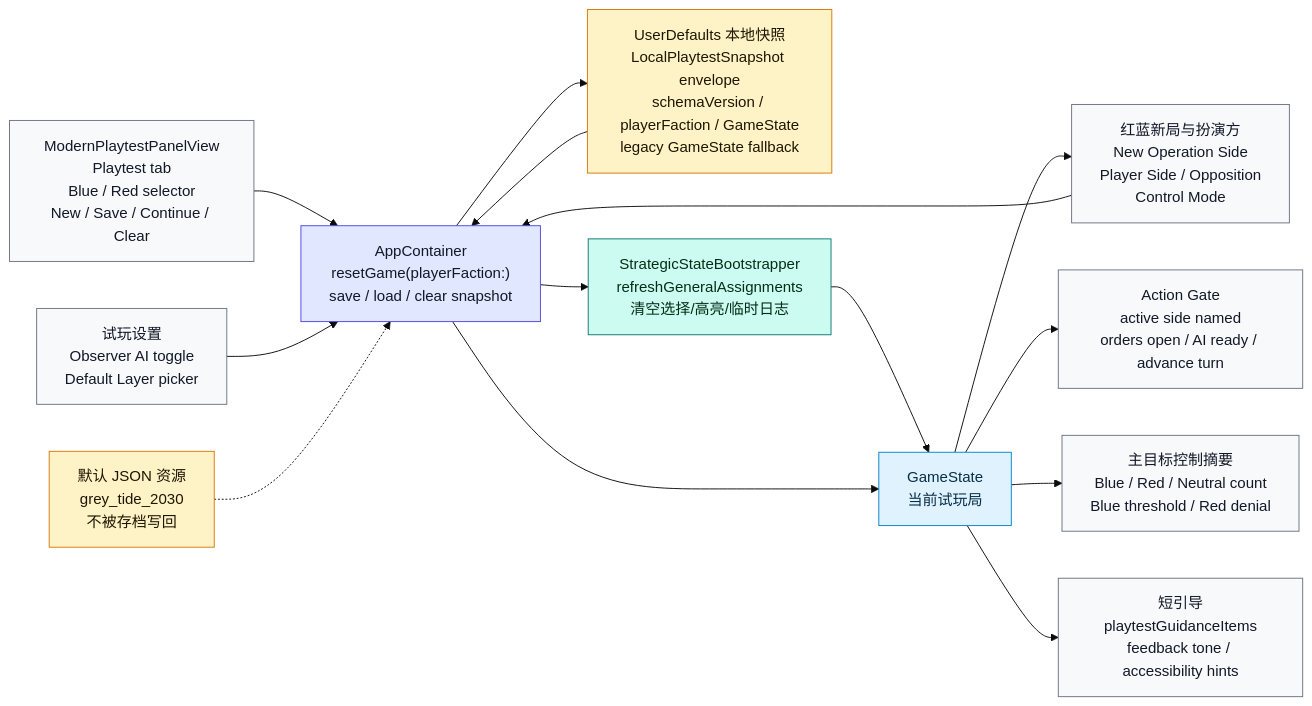
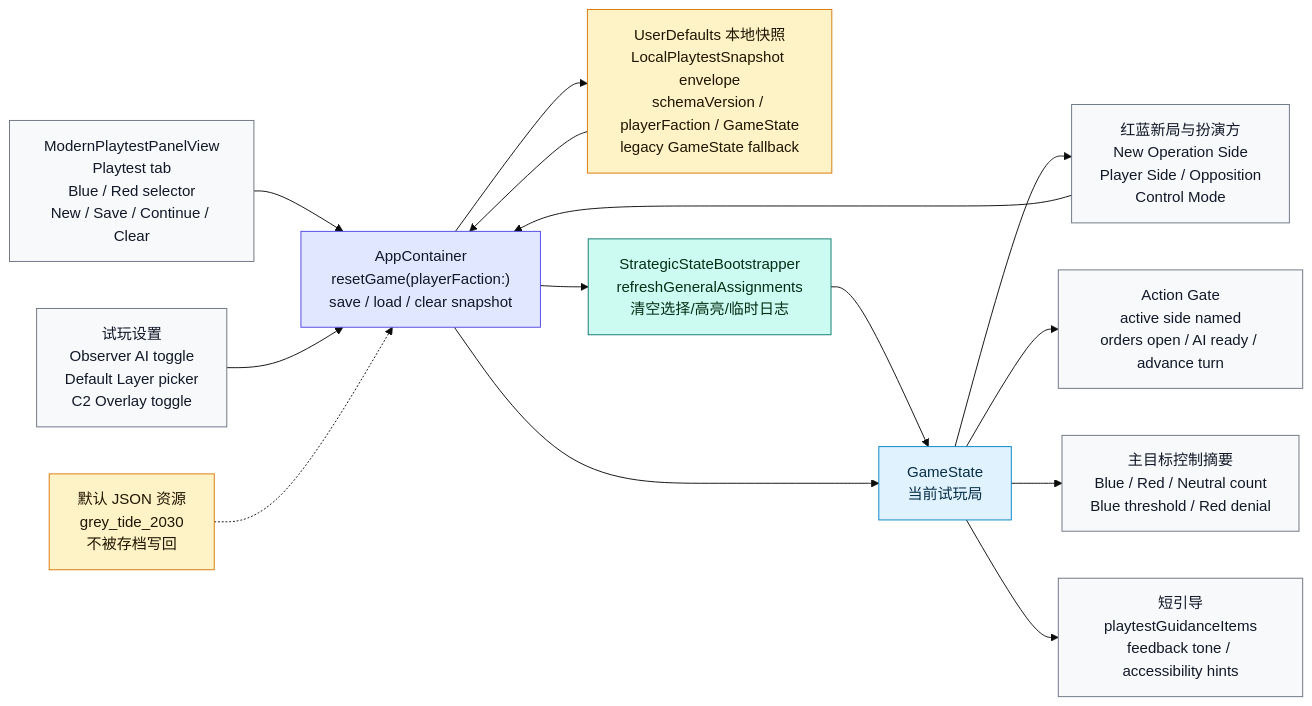
Diagram 11 of 20 in md/flow/flowchart.md (Altman-sam114/127), drawn with Mermaid (base theme) before and after one commit. The commit also changed other lines of this file and 10 other files, not shown here.

Commit message:
feat(ui): add c2 overlay toggle

````diff
--- a/md/flow/flowchart.md
+++ b/md/flow/flowchart.md
@@ -326,32 +326,32 @@
 ```mermaid
 flowchart LR
     UI["ModernPlaytestPanelView<br/>Playtest tab<br/>Blue / Red selector<br/>New / Save / Continue / Clear"]:::display
-    SETTINGS["试玩设置<br/>Observer AI toggle<br/>Default Layer picker"]:::display
+    SETTINGS["试玩设置<br/>Observer AI toggle<br/>Default Layer picker<br/>C2 Overlay toggle"]:::display
     ROLE["红蓝新局与扮演方<br/>New Operation Side<br/>Player Side / Opposition<br/>Control Mode"]:::display
     GATE["Action Gate<br/>active side named<br/>orders open / AI ready / advance turn"]:::display
     OBJECTIVE["主目标控制摘要<br/>Blue / Red / Neutral count<br/>Blue threshold / Red denial"]:::display
     GUIDE["短引导<br/>playtestGuidanceItems<br/>feedback tone / accessibility hints"]:::display
     APP["AppContainer<br/>resetGame(playerFaction:)<br/>save / load / clear snapshot"]:::app
     SNAP["UserDefaults 本地快照<br/>LocalPlaytestSnapshot envelope<br/>schemaVersion / playerFaction / GameState<br/>legacy GameState fallback"]:::data
     BOOT["StrategicStateBootstrapper<br/>refreshGeneralAssignments<br/>清空选择/高亮/临时日志"]:::rules
     STATE["GameState<br/>当前试玩局"]:::state
     RES["默认 JSON 资源<br/>grey_tide_2030<br/>不被存档写回"]:::data
 
     UI --> APP
     SETTINGS --> APP
     ROLE --> APP
     STATE --> ROLE
     STATE --> GATE
     STATE --> OBJECTIVE
     STATE --> GUIDE
     APP --> SNAP
     SNAP --> APP --> BOOT --> STATE
     APP --> STATE
     RES -.-> APP
 
     classDef display fill:#f8f9fb,stroke:#6b7280,color:#111827
     classDef app fill:#e0e7ff,stroke:#4f46e5,color:#111827
     classDef data fill:#fef3c7,stroke:#d97706,color:#1f1600
     classDef rules fill:#ccfbf1,stroke:#0f766e,color:#052e16
     classDef state fill:#e0f2fe,stroke:#0284c7,color:#082f49
 ```
````
